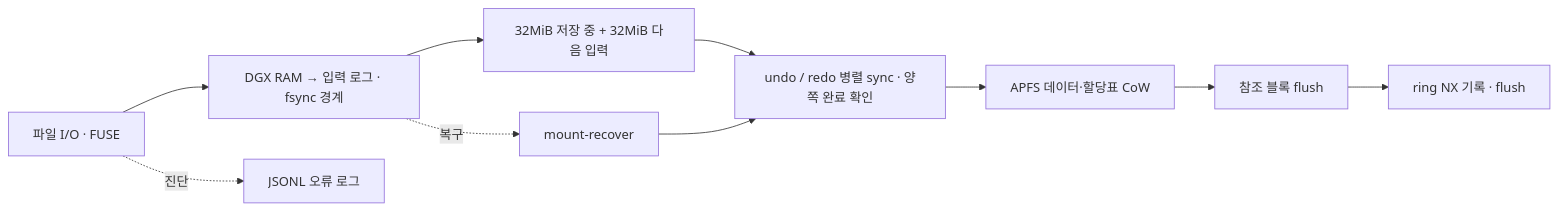
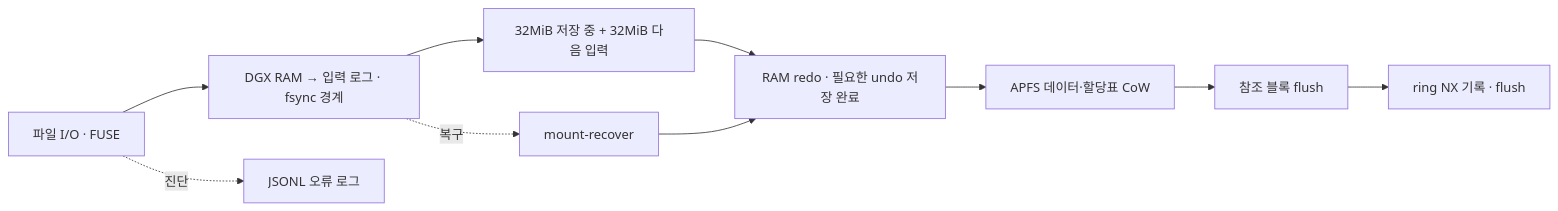
One commit to JUNJOONHWAN/LAPFS changed the diagram in README.md. Above: the diagram before and after it, drawn with Mermaid. The commit also changed other lines of this file and 23 other files, not shown here.

Commit message:
Reduce grouped write amplification with RAM redo and verified free-page undo omission

````diff
--- a/README.md
+++ b/README.md
@@ -66,12 +68,12 @@
 ```mermaid
 flowchart LR
     IO["파일 I/O · FUSE"] --> Queue["DGX RAM → 입력 로그 · fsync 경계"]
     Queue --> Worker["32MiB 저장 중 + 32MiB 다음 입력"]
-    Worker --> Journal["undo / redo 병렬 sync · 양쪽 완료 확인"]
+    Worker --> Journal["RAM redo · 필요한 undo 저장 완료"]
     Journal --> COW["APFS 데이터·할당표 CoW"]
     COW --> Flush["참조 블록 flush"]
     Flush --> NX["ring NX 기록 · flush"]
     Queue -. "복구" .-> Recover["mount-recover"]
     Recover --> Journal
     IO -. "진단" .-> Log["JSONL 오류 로그"]
 ```
````
